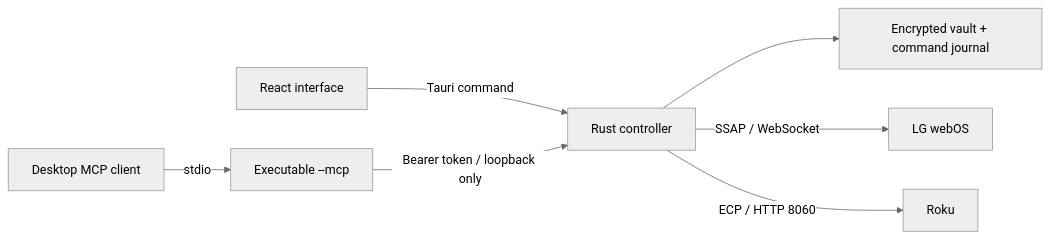
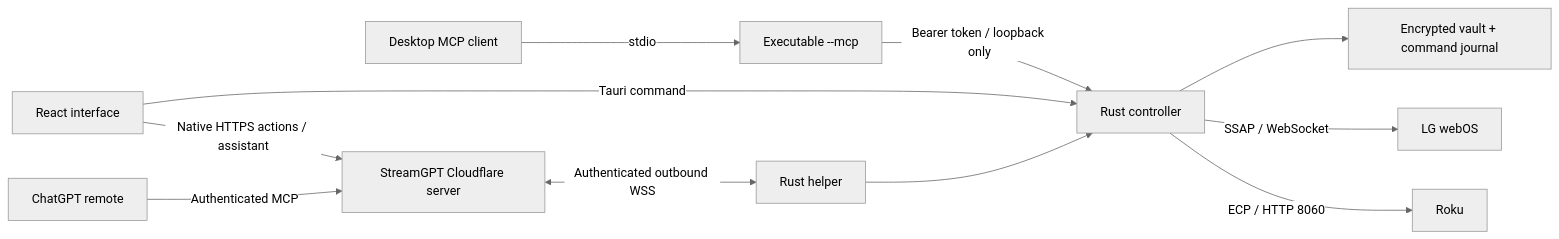
The diagram in docs/ARCHITECTURE.md (utb2017/streamgpt-local), drawn with Mermaid (neutral theme) before and after one commit. The commit also changed other lines of this file and 28 other files, not shown here.

````diff
--- a/docs/ARCHITECTURE.md
+++ b/docs/ARCHITECTURE.md
@@ -3,9 +3,13 @@
 ```mermaid
 flowchart LR
   UI[React interface] -->|Tauri command| C[Rust controller]
   AI[Desktop MCP client] -->|stdio| M[Executable --mcp]
+  GPT[ChatGPT remote] -->|Authenticated MCP| Cloud[StreamGPT Cloudflare server]
+  UI -->|Native HTTPS actions / assistant| Cloud
+  Cloud <-->|Authenticated outbound WSS| Helper[Rust helper]
+  Helper --> C
   M -->|Bearer token / loopback only| C
   C --> V[Encrypted vault + command journal]
   C -->|SSAP / WebSocket| LG[LG webOS]
   C -->|ECP / HTTP 8060| R[Roku]
 ```
````
